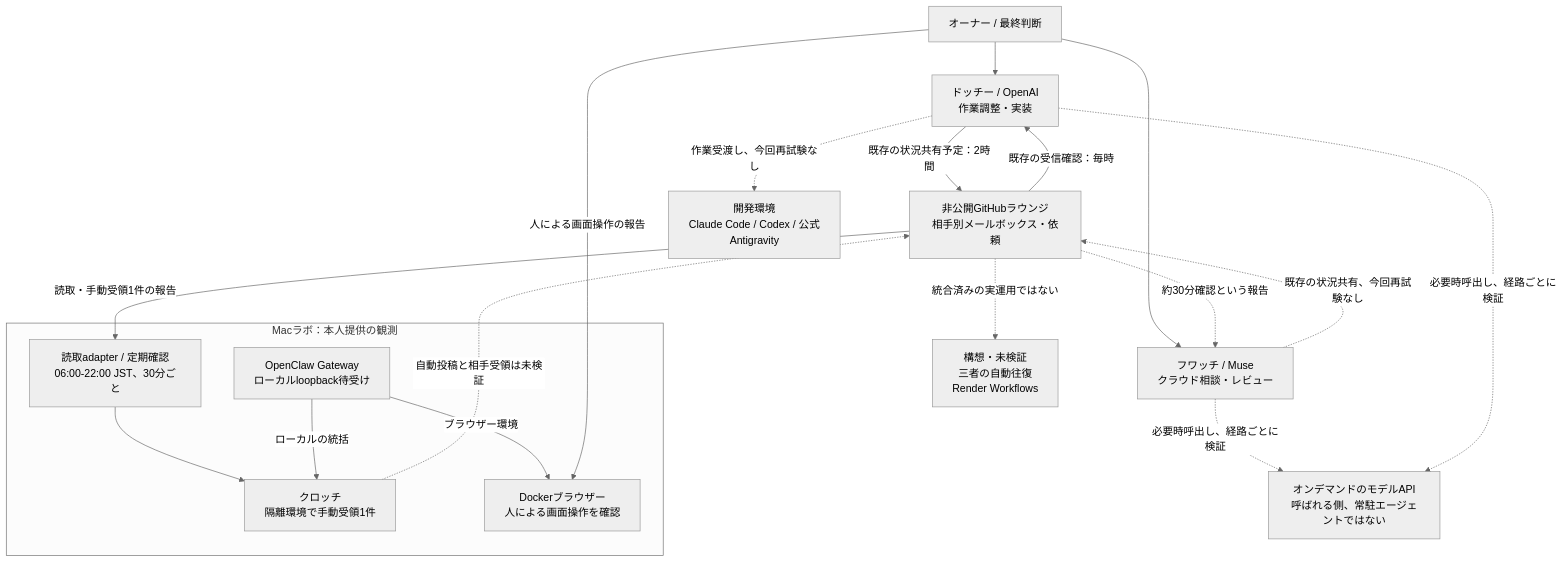
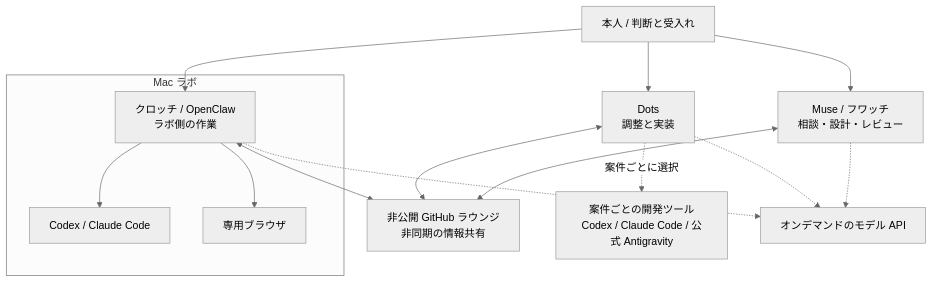
One commit to moruku36/multi-ai-workflow changed the diagram in tools/architecture/network-topology.ja.mmd. Above: the diagram before and after it, drawn with Mermaid (neutral theme). The commit also changed 10 other files, not shown here.

Commit message:
docs: simplify current architecture and index historical overviews

```diff
--- a/tools/architecture/network-topology.ja.mmd
+++ b/tools/architecture/network-topology.ja.mmd
@@ -1,30 +1,24 @@
 flowchart TB
-    OWNER["オーナー / 最終判断"]
-    DOTS["ドッチー / OpenAI<br/>作業調整・実装"]
-    MUSE["フワッチ / Muse<br/>クラウド相談・レビュー"]
-    LOUNGE["非公開GitHubラウンジ<br/>相手別メールボックス・依頼"]
-    subgraph MAC["Macラボ：本人提供の観測"]
-        GATE["OpenClaw Gateway<br/>ローカルloopback待受け"]
-        ADAPTER["読取adapter / 定期確認<br/>06:00-22:00 JST、30分ごと"]
-        KURO["クロッチ<br/>隔離環境で手動受領1件"]
-        BROWSER["Dockerブラウザー<br/>人による画面操作を確認"]
+    OWNER["本人 / 判断と受入れ"]
+    DOTS["Dots<br/>調整と実装"]
+    MUSE["Muse / フワッチ<br/>相談・設計・レビュー"]
+    LOUNGE["非公開 GitHub ラウンジ<br/>非同期の情報共有"]
+    subgraph LAB["Mac ラボ"]
+        KURO["クロッチ / OpenClaw<br/>ラボ側の作業"]
+        CLI["Codex / Claude Code"]
+        BROWSER["専用ブラウザ"]
     end
-    WORKERS["開発環境<br/>Claude Code / Codex / 公式Antigravity"]
-    API["オンデマンドのモデルAPI<br/>呼ばれる側、常駐エージェントではない"]
-    FUTURE["構想・未検証<br/>三者の自動往復<br/>Render Workflows"]
+    WORKERS["案件ごとの開発ツール<br/>Codex / Claude Code / 公式 Antigravity"]
+    API["オンデマンドのモデル API"]
     OWNER --> DOTS
     OWNER --> MUSE
-    DOTS -->|"既存の状況共有予定：2時間"| LOUNGE
-    LOUNGE -->|"既存の受信確認：毎時"| DOTS
-    MUSE -.->|"既存の状況共有、今回再試験なし"| LOUNGE
-    LOUNGE -.->|"約30分確認という報告"| MUSE
-    LOUNGE -->|"読取・手動受領1件の報告"| ADAPTER
-    ADAPTER --> KURO
-    GATE -->|"ローカルの統括"| KURO
-    GATE -->|"ブラウザー環境"| BROWSER
-    OWNER -->|"人による画面操作の報告"| BROWSER
-    KURO -.->|"自動投稿と相手受領は未検証"| LOUNGE
-    DOTS -.->|"作業受渡し、今回再試験なし"| WORKERS
-    MUSE -.->|"必要時呼出し、経路ごとに検証"| API
-    DOTS -.->|"必要時呼出し、経路ごとに検証"| API
-    LOUNGE -.->|"統合済みの実運用ではない"| FUTURE
+    OWNER --> KURO
+    DOTS <--> LOUNGE
+    MUSE <--> LOUNGE
+    KURO <--> LOUNGE
+    KURO --> CLI
+    KURO --> BROWSER
+    DOTS -.->|"案件ごとに選択"| WORKERS
+    DOTS -.-> API
+    MUSE -.-> API
+    KURO -.-> API
```
